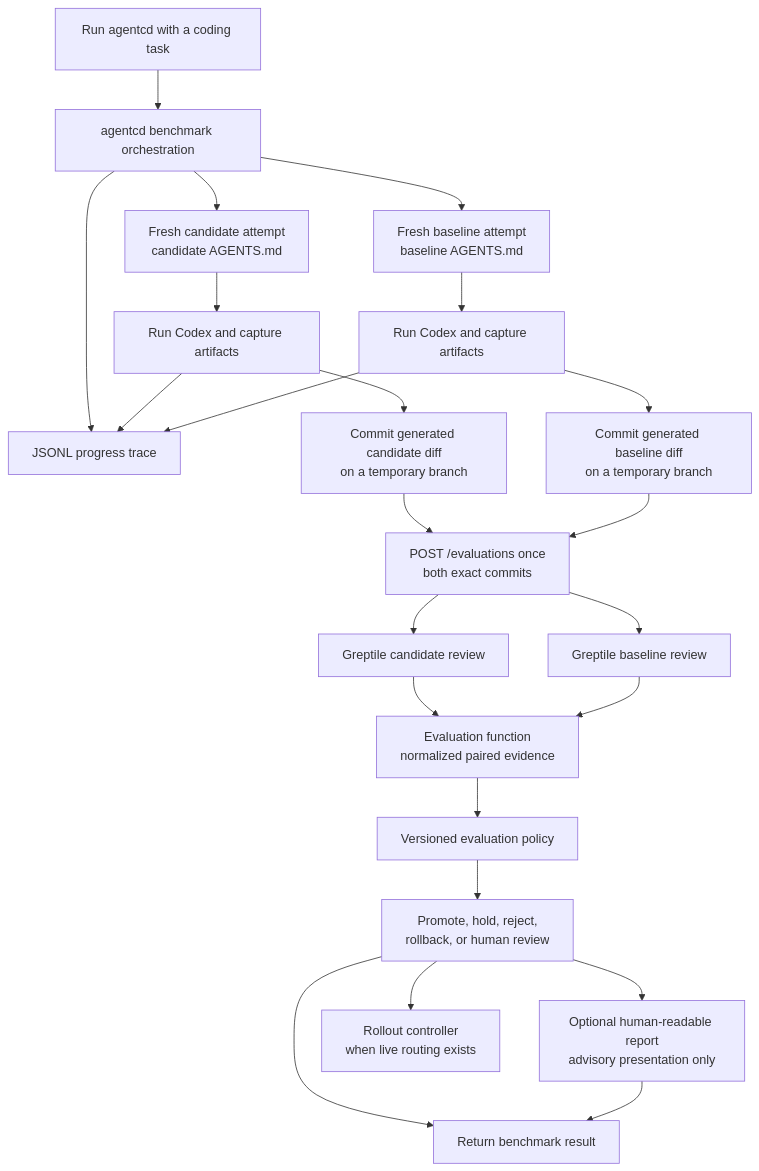
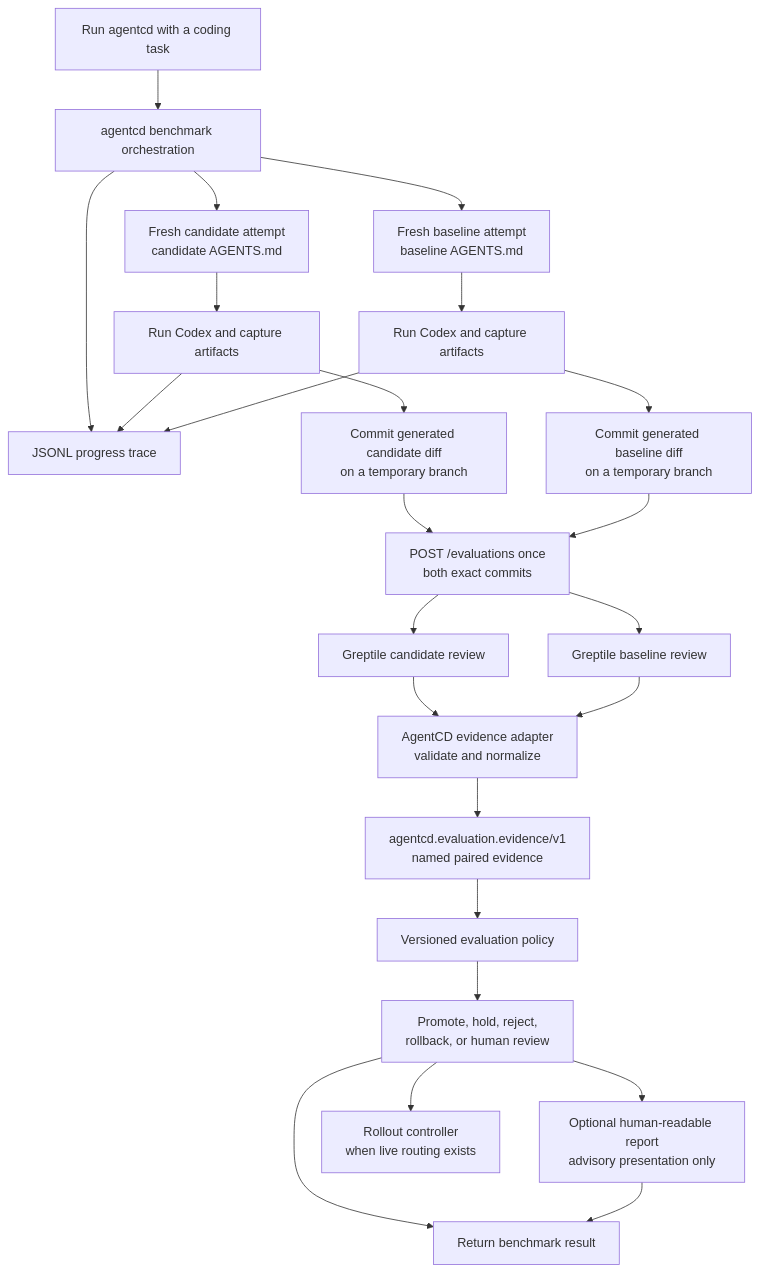
The diagram in agentcd/PLAN.md (varshinivij/greptile_hack), drawn with Mermaid before and after one commit. The commit also changed other lines of this file and 14 other files, not shown here.

````diff
--- a/agentcd/PLAN.md
+++ b/agentcd/PLAN.md
@@ -109,35 +126,36 @@
 ```mermaid
 flowchart TD
     Trigger["Run agentcd with a coding task"]
     Bench["agentcd benchmark orchestration"]
     Trace["JSONL progress trace"]
 
     Trigger --> Bench
     Bench --> Trace
 
     Bench --> Candidate["Fresh candidate attempt<br/>candidate AGENTS.md"]
     Bench --> Baseline["Fresh baseline attempt<br/>baseline AGENTS.md"]
 
     Candidate --> CandidateRun["Run Codex and capture artifacts"]
     Baseline --> BaselineRun["Run Codex and capture artifacts"]
     CandidateRun --> Trace
     BaselineRun --> Trace
 
     CandidateRun --> CandidateCommit["Commit generated candidate diff<br/>on a temporary branch"]
     BaselineRun --> BaselineCommit["Commit generated baseline diff<br/>on a temporary branch"]
 
     CandidateCommit --> API["POST /evaluations once<br/>both exact commits"]
     BaselineCommit --> API
     API --> GreptileA["Greptile candidate review"]
     API --> GreptileB["Greptile baseline review"]
-    GreptileA --> Evidence["Evaluation function<br/>normalized paired evidence"]
-    GreptileB --> Evidence
+    GreptileA --> Adapter["AgentCD evidence adapter<br/>validate and normalize"]
+    GreptileB --> Adapter
+    Adapter --> Evidence["agentcd.evaluation.evidence/v1<br/>named paired evidence"]
 
     Evidence --> Policy["Versioned evaluation policy"]
     Policy --> Decision["Promote, hold, reject,<br/>rollback, or human review"]
 
     Decision --> Result["Return benchmark result"]
     Decision --> Report["Optional human-readable report<br/>advisory presentation only"]
     Report --> Result
     Decision --> Rollout["Rollout controller<br/>when live routing exists"]
 ```
````
